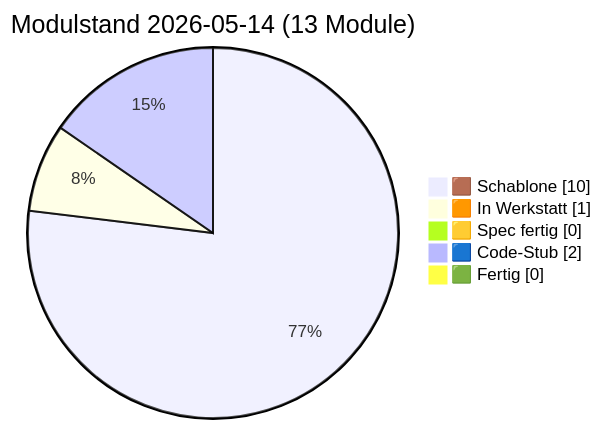
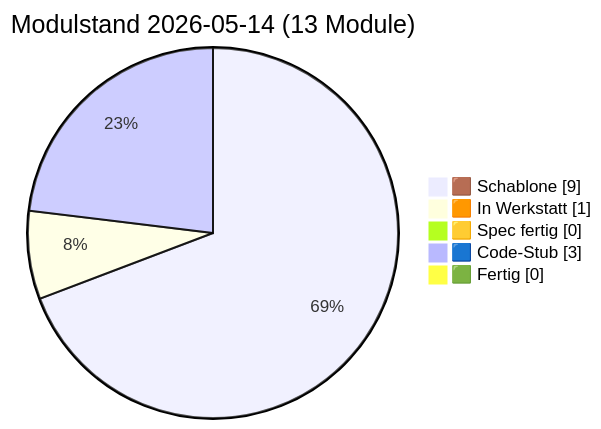
Before and after one commit to lausiklauskn-png/Sage-Protokol: the diagram in docs/PULS.md, drawn with Mermaid. The commit also changed other lines of this file and 7 other files, not shown here.

````diff
--- a/docs/PULS.md
+++ b/docs/PULS.md
@@ -16,9 +16,9 @@
 ```mermaid
 pie showData
   title Modulstand 2026-05-14 (13 Module)
-  "🟫 Schablone" : 10
+  "🟫 Schablone" : 9
   "🟧 In Werkstatt" : 1
   "🟨 Spec fertig" : 0
-  "🟦 Code-Stub" : 2
+  "🟦 Code-Stub" : 3
   "🟩 Fertig" : 0
 ```
````
